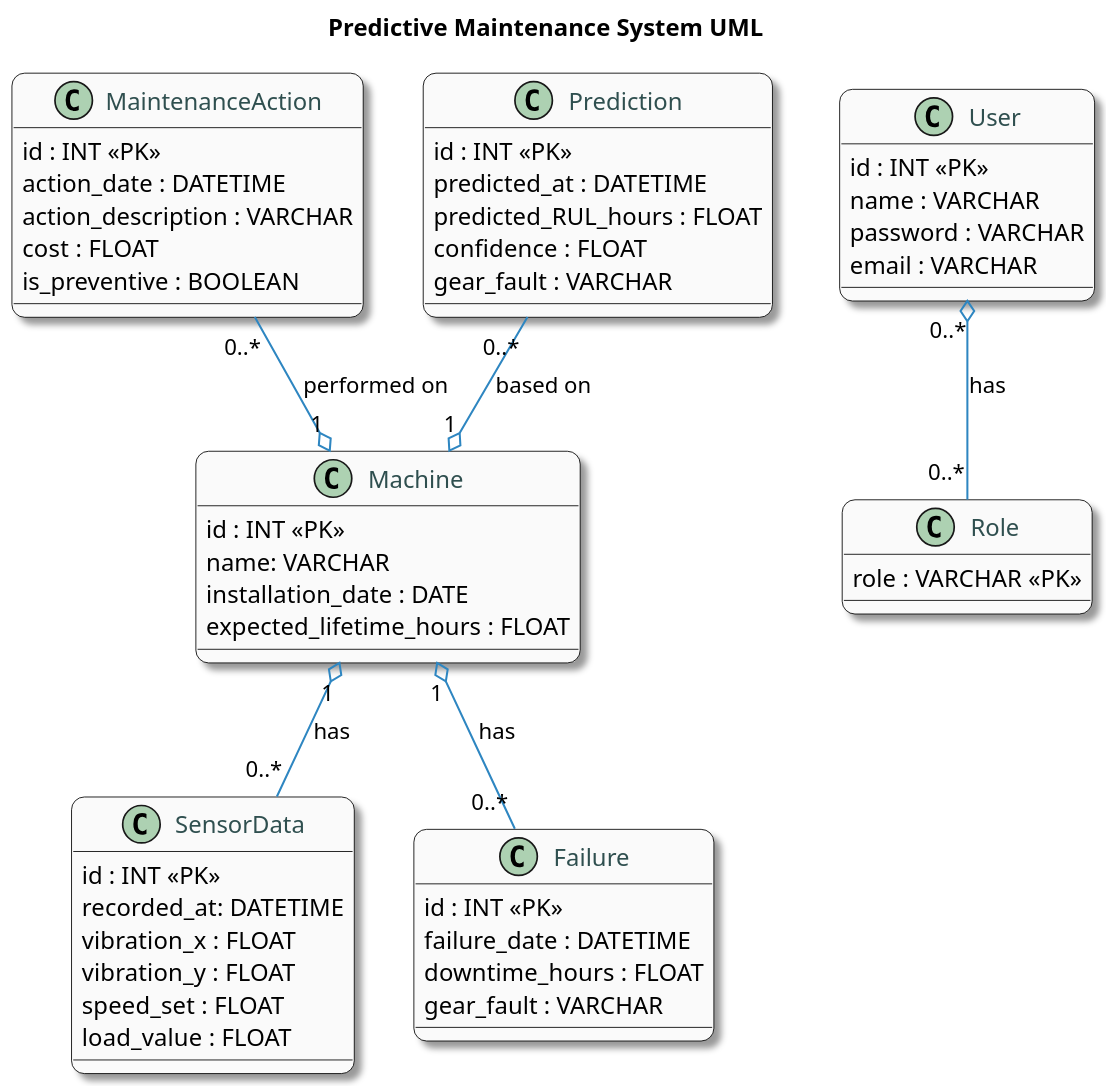
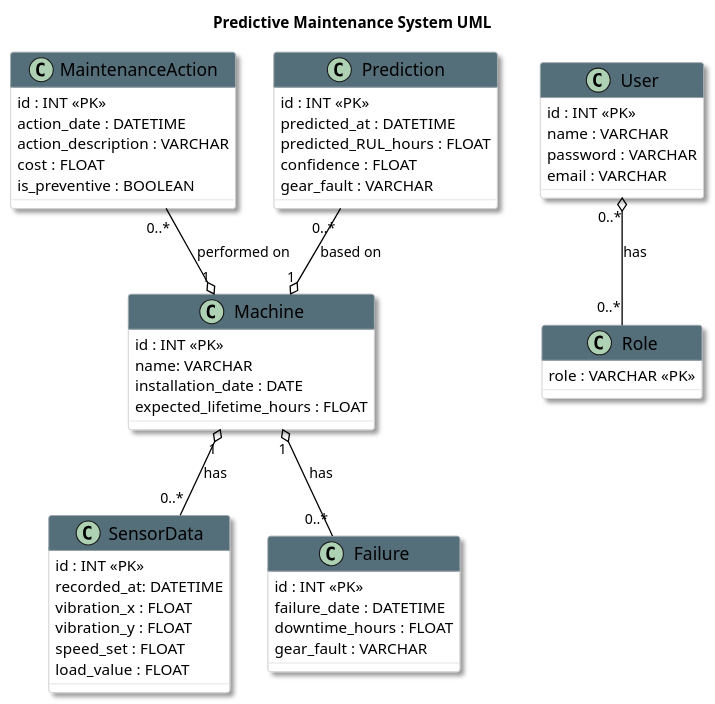
The diagram in class_diagram.puml (Nisrine-C/Maintenance-Platform---Backend), drawn with PlantUML before and after one commit. The commit also changed 13 other files, not shown here.

```diff
--- a/class_diagram.puml
+++ b/class_diagram.puml
@@ -1,78 +1,79 @@
 @startuml
 ' https://plantuml.com/class-diagram
 
 ' ==== Styling ====
-skinparam classAttributeIconSize 0
-skinparam classFontColor DarkSlateGray
-skinparam classFontSize 14
-skinparam classBackgroundColor #FAFAFA
-skinparam classBorderColor Black
-skinparam classArrowColor #2E86C1
-skinparam classFontName "Arial"
+skinparam classFontName "Helvetica Neue"
+skinparam classBorderColor #CCCCCC
+skinparam classBackgroundColor #FFFFFF
+skinparam classHeaderBackgroundColor #546E7A
+skinparam classHeaderFontColor #ECEFF1
+skinparam classFontSize 16
+skinparam classRoundCorner 20
 skinparam shadowing true
-skinparam roundCorner 15
-skinparam dpi 150
+skinparam shadowColor #777777
+
+skinparam arrowColor black
 skinparam arrowThickness 1.2
 
 ' ==== Title ====
 title Predictive Maintenance System UML
 
 ' ==== Classes ====
 class Machine {
   id : INT <<PK>>
   name: VARCHAR
   installation_date : DATE
   expected_lifetime_hours : FLOAT
 }
 
 class SensorData {
   id : INT <<PK>>
   recorded_at: DATETIME
   vibration_x : FLOAT
   vibration_y : FLOAT
   speed_set : FLOAT
   load_value : FLOAT
 }
 
 class MaintenanceAction {
   id : INT <<PK>>
   action_date : DATETIME
   action_description : VARCHAR
   cost : FLOAT
   is_preventive : BOOLEAN
 }
 
 class Prediction {
   id : INT <<PK>>
   predicted_at : DATETIME
   predicted_RUL_hours : FLOAT
   confidence : FLOAT
   gear_fault : VARCHAR
 }
 
 class Failure {
   id : INT <<PK>>
   failure_date : DATETIME
   downtime_hours : FLOAT
   gear_fault : VARCHAR
 }
 
 class User {
   id : INT <<PK>>
   name : VARCHAR
   password : VARCHAR
   email : VARCHAR
 }
 
 class Role {
   role : VARCHAR <<PK>>
 }
 
 ' ==== Relationships ====
 Machine "1" o-- "0..*" Failure : has
 Machine "1" o-- "0..*" SensorData : has
 MaintenanceAction "0..*" --o "1" Machine : performed on
 Prediction "0..*" --o "1" Machine : based on
 User "0..*" o-- "0..*" Role : has
 
 @enduml
```
